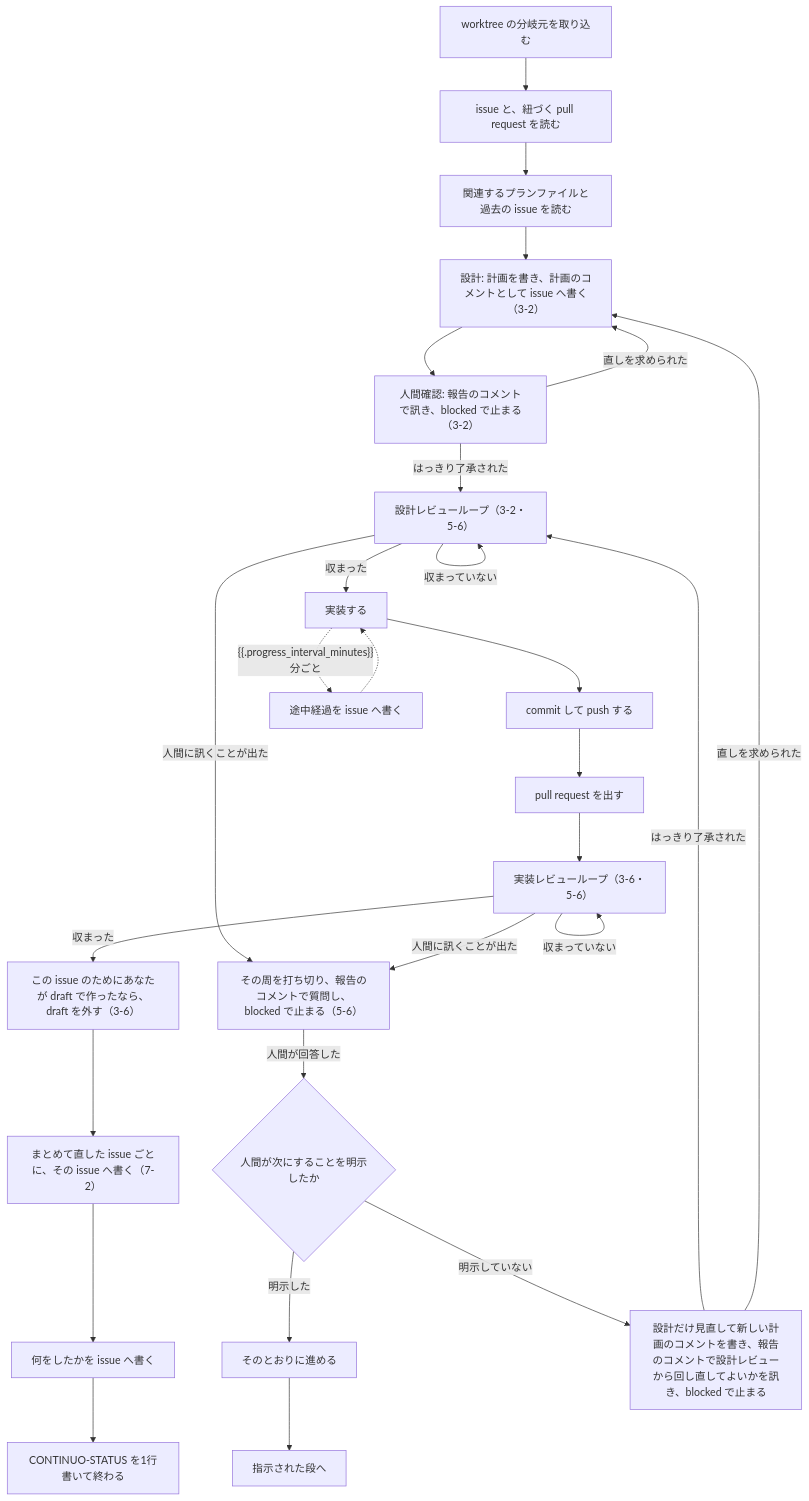
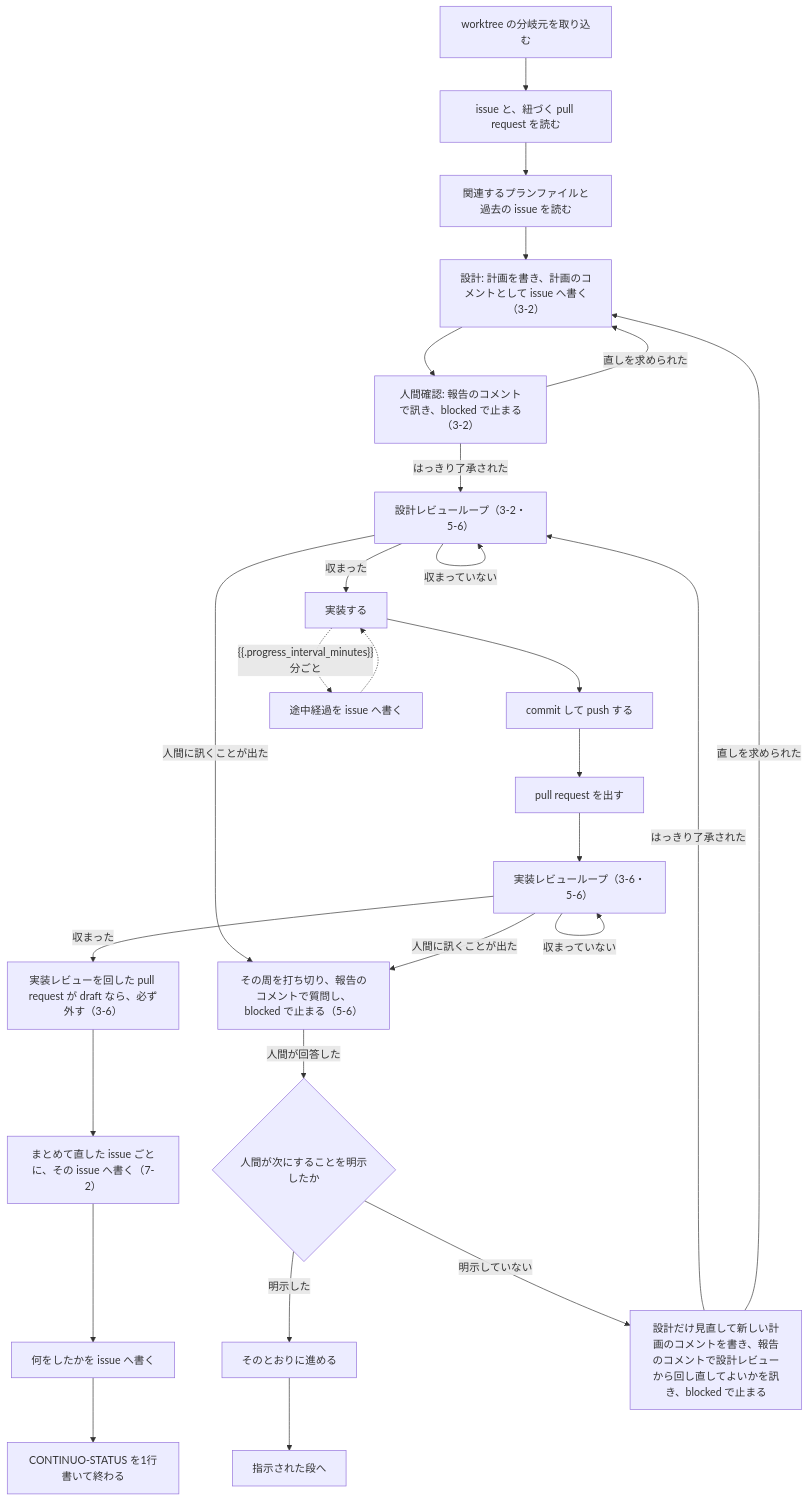
The first of 2 diagrams in internal/prompt/builtin.md (maimuzo/continuo), drawn with Mermaid before and after one commit. The commit also changed other lines of this file and 5 other files, not shown here.

````diff
--- a/internal/prompt/builtin.md
+++ b/internal/prompt/builtin.md
@@ -19,29 +19,29 @@
 ```mermaid
 flowchart TD
     Z["worktree の分岐元を取り込む"] --> A["issue と、紐づく pull request を読む"]
     A --> B["関連するプランファイルと過去の issue を読む"]
     B --> C["設計: 計画を書き、計画のコメントとして issue へ書く（3-2）"]
     C --> HC["人間確認: 報告のコメントで訊き、blocked で止まる（3-2）"]
     HC -- "はっきり了承された" --> D["設計レビューループ（3-2・5-6）"]
     HC -- "直しを求められた" --> C
     D -- "収まっていない" --> D
     D -- "収まった" --> F["実装する"]
     F --> G["commit して push する"]
     G --> H["pull request を出す"]
     H --> I["実装レビューループ（3-6・5-6）"]
     I -- "収まっていない" --> I
-    I -- "収まった" --> P["この issue のためにあなたが draft で作ったなら、draft を外す（3-6）"]
+    I -- "収まった" --> P["実装レビューを回した pull request が draft なら、必ず外す（3-6）"]
     P --> J2["まとめて直した issue ごとに、その issue へ書く（7-2）"]
     J2 --> K["何をしたかを issue へ書く"]
     K --> L["CONTINUO-STATUS を1行書いて終わる"]
     D -- "人間に訊くことが出た" --> Q["その周を打ち切り、報告のコメントで質問し、blocked で止まる（5-6）"]
     I -- "人間に訊くことが出た" --> Q
     Q -- "人間が回答した" --> R{"人間が次にすることを明示したか"}
     R -- "明示した" --> R1["そのとおりに進める"]
     R1 --> R1S["指示された段へ"]
     R -- "明示していない" --> R2["設計だけ見直して新しい計画のコメントを書き、報告のコメントで設計レビューから回し直してよいかを訊き、blocked で止まる"]
     R2 -- "はっきり了承された" --> D
     R2 -- "直しを求められた" --> C
     F -. "{{.progress_interval_minutes}}分ごと" .-> M["途中経過を issue へ書く"]
     M -.-> F
 ```
````
